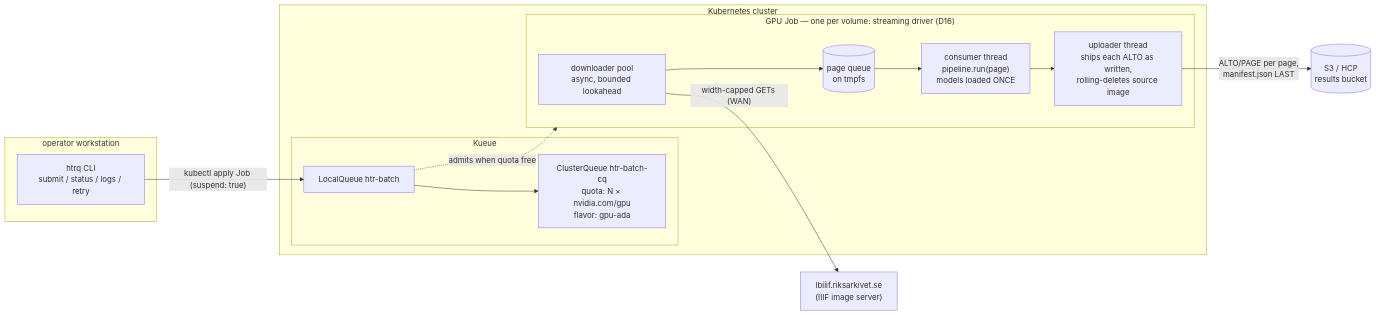
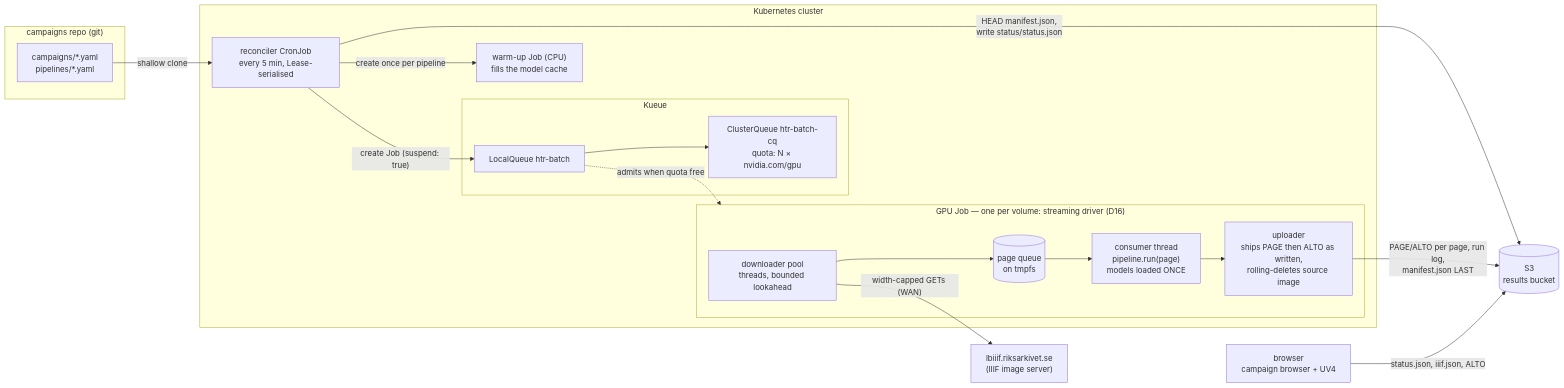
One commit to AI-Riksarkivet/htrflow-batch changed the first of 2 diagrams in docs/how-it-works/architecture.md. Above: the diagram before and after it, drawn with Mermaid. The commit also changed other lines of this file and 7 other files, not shown here.

First line of the commit message:
docs: retire htrq as settled tooling; mark D7/D18 superseded and D9-D12/D14/reconciler built (D-H3, D-M7, D-M9, T4, T10)

````diff
--- a/docs/how-it-works/architecture.md
+++ b/docs/how-it-works/architecture.md
@@ -3,29 +3,36 @@
 ```mermaid
 flowchart LR
-    subgraph submitter["operator workstation"]
-        CLI["htrq CLI<br/>submit / status / logs / retry"]
+    subgraph git["campaigns repo (git)"]
+        CAMP["campaigns/*.yaml<br/>pipelines/*.yaml"]
     end
 
     subgraph cluster["Kubernetes cluster"]
+        REC["reconciler CronJob<br/>every 5 min, Lease-serialised"]
         subgraph queueing["Kueue"]
-            LQ["LocalQueue htr-batch"] --> CQ["ClusterQueue htr-batch-cq<br/>quota: N × nvidia.com/gpu<br/>flavor: gpu-ada"]
+            LQ["LocalQueue htr-batch"] --> CQ["ClusterQueue htr-batch-cq<br/>quota: N × nvidia.com/gpu"]
         end
 
         subgraph job["GPU Job — one per volume: streaming driver (D16)"]
-            DLP["downloader pool<br/>async, bounded lookahead"]
+            DLP["downloader pool<br/>threads, bounded lookahead"]
             PQ[("page queue<br/>on tmpfs")]
             CONS["consumer thread<br/>pipeline.run(page)<br/>models loaded ONCE"]
-            UPL["uploader thread<br/>ships each ALTO as written,<br/>rolling-deletes source image"]
+            UPL["uploader<br/>ships PAGE then ALTO as written,<br/>rolling-deletes source image"]
             DLP --> PQ --> CONS --> UPL
         end
 
+        WARM["warm-up Job (CPU)<br/>fills the model cache"]
         LQ -.->|admits when quota free| job
     end
 
     IIIF["lbiiif.riksarkivet.se<br/>(IIIF image server)"]
-    S3[("S3 / HCP<br/>results bucket")]
+    S3[("S3<br/>results bucket")]
+    BROWSER["browser<br/>campaign browser + UV4"]
 
-    CLI -->|"kubectl apply Job (suspend: true)"| LQ
+    CAMP -->|"shallow clone"| REC
+    REC -->|"create Job (suspend: true)"| LQ
+    REC -->|"create once per pipeline"| WARM
+    REC -->|"HEAD manifest.json,<br/>write status/status.json"| S3
     DLP -->|"width-capped GETs (WAN)"| IIIF
-    UPL -->|"ALTO/PAGE per page,<br/>manifest.json LAST"| S3
+    UPL -->|"PAGE/ALTO per page, run log,<br/>manifest.json LAST"| S3
+    BROWSER -->|"status.json, iiif.json, ALTO"| S3
 ```
````
